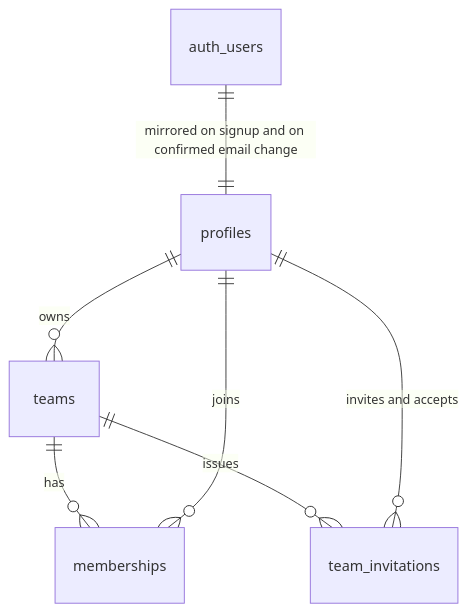
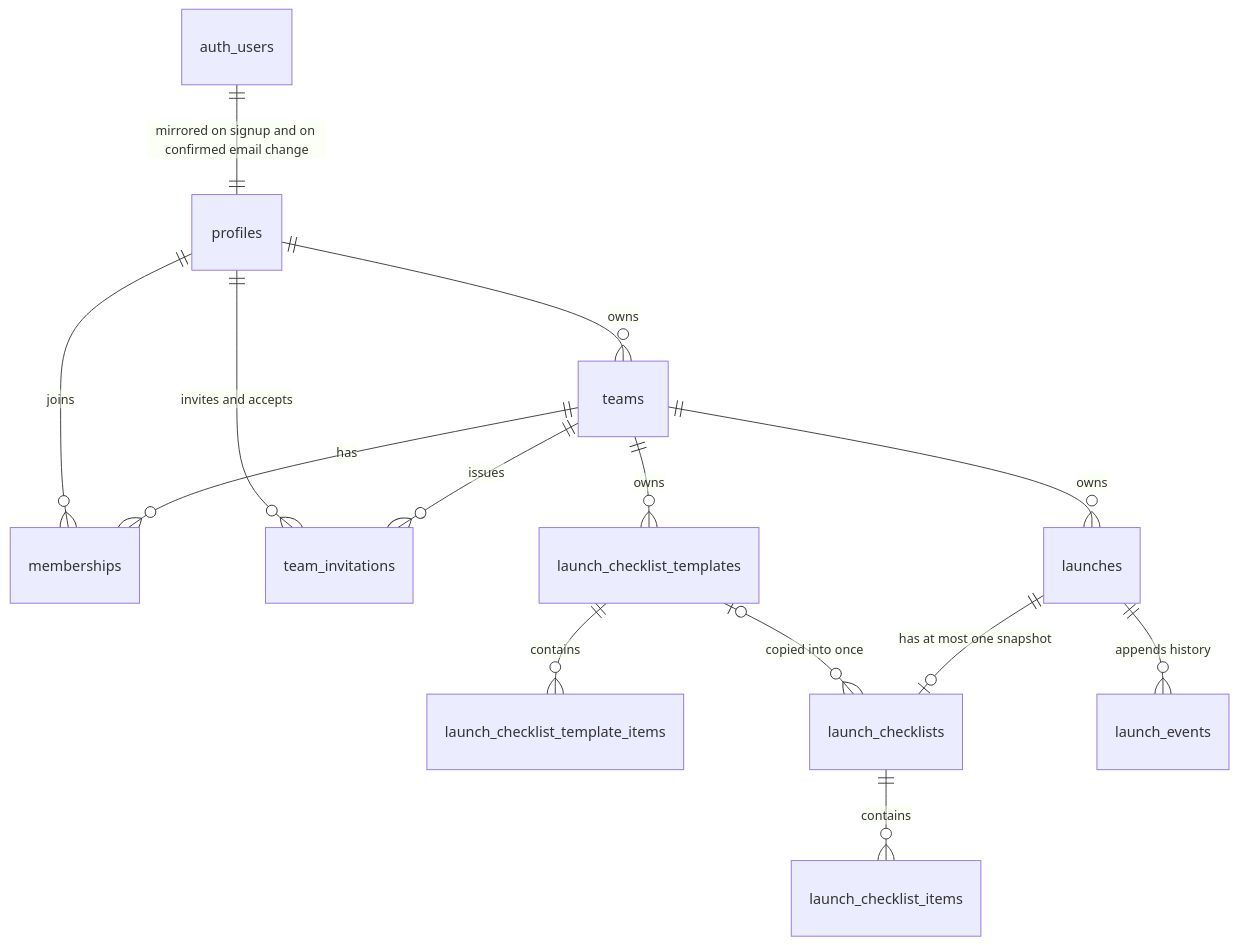
One commit to alejandrovrandecom/dropshipping-operations-platform changed the diagram in docs/database/architecture.md. Above: the diagram before and after it, drawn with Mermaid. The commit also changed other lines of this file and 10 other files, not shown here.

````diff
--- a/docs/database/architecture.md
+++ b/docs/database/architecture.md
@@ -15,9 +15,16 @@
 ```mermaid
 erDiagram
   auth_users ||--|| profiles : "mirrored on signup and on confirmed email change"
   profiles ||--o{ teams : owns
   teams ||--o{ memberships : has
   profiles ||--o{ memberships : joins
   teams ||--o{ team_invitations : issues
   profiles ||--o{ team_invitations : "invites and accepts"
+  teams ||--o{ launches : owns
+  teams ||--o{ launch_checklist_templates : owns
+  launch_checklist_templates ||--o{ launch_checklist_template_items : contains
+  launches ||--o| launch_checklists : "has at most one snapshot"
+  launch_checklist_templates |o--o{ launch_checklists : "copied into once"
+  launch_checklists ||--o{ launch_checklist_items : contains
+  launches ||--o{ launch_events : "appends history"
 ```
````
